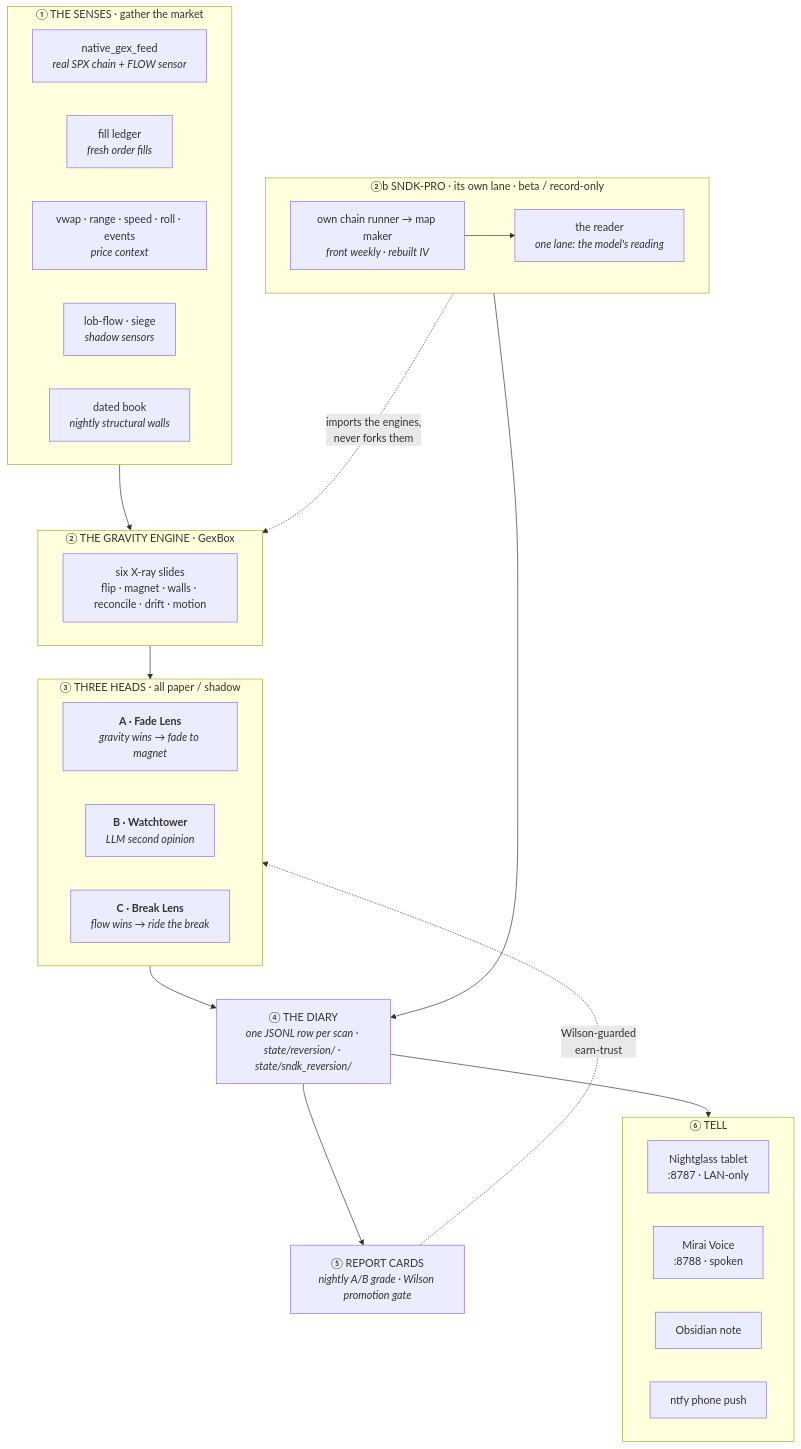
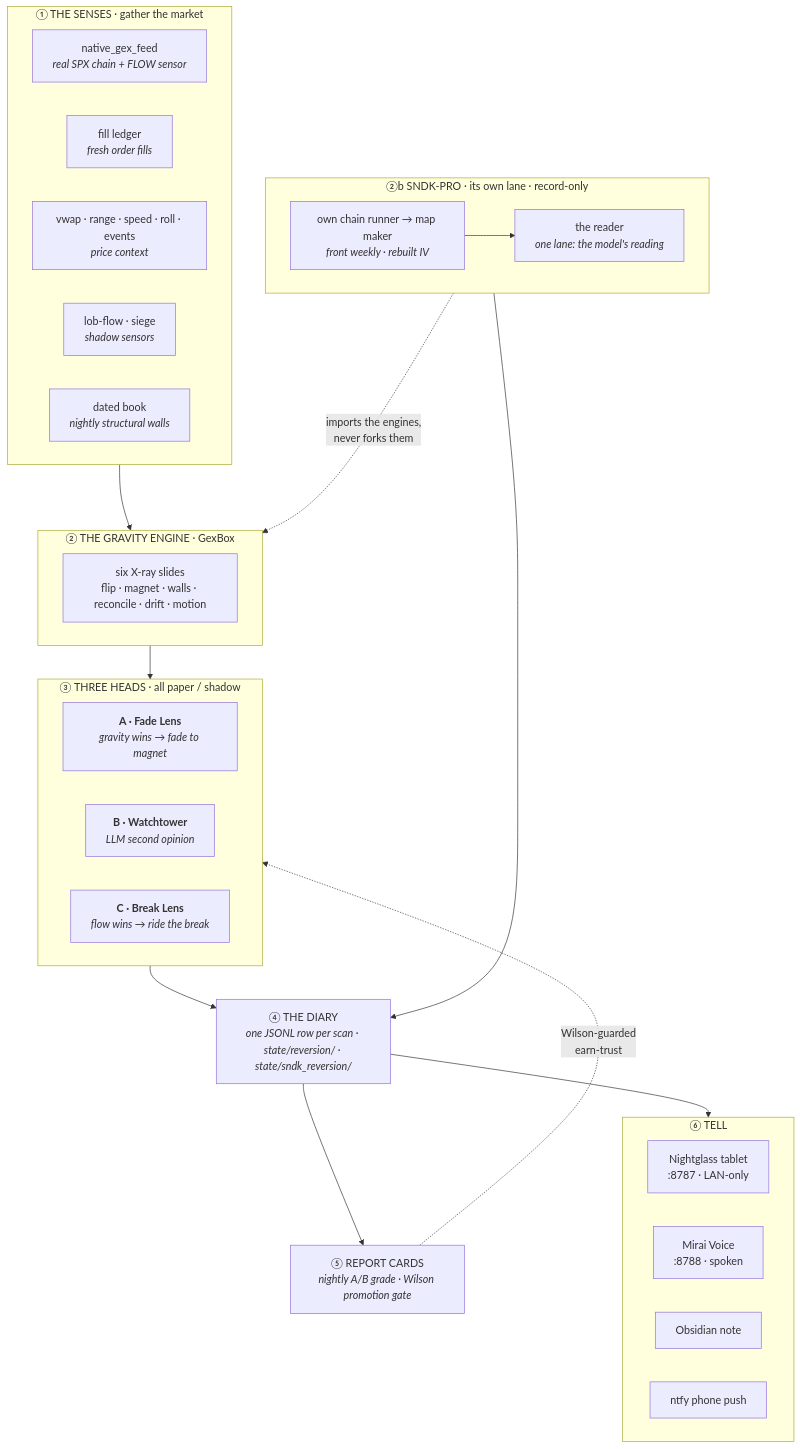
The diagram in README.md (fivestone14/mirai-station), drawn with Mermaid before and after one commit. The commit also changed other lines of this file and 5 other files, not shown here.

First line of the commit message:
SNDK-PRO leaves beta

````diff
--- a/README.md
+++ b/README.md
@@ -55,47 +55,47 @@
 ```mermaid
 flowchart TB
   subgraph SENSES["① THE SENSES · gather the market"]
     direction LR
     THETA["native_gex_feed<br/><i>real SPX chain + FLOW sensor</i>"]
     FILL["fill ledger<br/><i>fresh order fills</i>"]
     CTX["vwap · range · speed · roll · events<br/><i>price context</i>"]
     LOB["lob-flow · siege<br/><i>shadow sensors</i>"]
     DATED["dated book<br/><i>nightly structural walls</i>"]
   end
 
   subgraph ENGINE["② THE GRAVITY ENGINE · GexBox"]
     GEX["six X-ray slides<br/>flip · magnet · walls · reconcile · drift · motion"]
   end
 
   subgraph HEADS["③ THREE HEADS · all paper / shadow"]
     direction LR
     FADE["<b>A · Fade Lens</b><br/><i>gravity wins → fade to magnet</i>"]
     WT["<b>B · Watchtower</b><br/><i>LLM second opinion</i>"]
     BREAK["<b>C · Break Lens</b><br/><i>flow wins → ride the break</i>"]
   end
 
-  subgraph SNDKPRO["②b SNDK-PRO · its own lane · beta / record-only"]
+  subgraph SNDKPRO["②b SNDK-PRO · its own lane · record-only"]
     direction LR
     SFEED["own chain runner → map maker<br/><i>front weekly · rebuilt IV</i>"]
     SREAD["the reader<br/><i>one lane: the model's reading</i>"]
     SFEED --> SREAD
   end
 
   DIARY["④ THE DIARY<br/><i>one JSONL row per scan · state/reversion/ · state/sndk_reversion/</i>"]
   CARD["⑤ REPORT CARDS<br/><i>nightly A/B grade · Wilson promotion gate</i>"]
 
   subgraph TELL["⑥ TELL"]
     direction LR
     TABLET["Nightglass tablet<br/>:8787 · LAN-only"]
     VOICE["Mirai Voice<br/>:8788 · spoken"]
     NOTE["Obsidian note"]
     BELL["ntfy phone push"]
   end
 
   SENSES --> ENGINE --> HEADS --> DIARY
   SNDKPRO -. "imports the engines,<br/>never forks them" .-> ENGINE
   SNDKPRO --> DIARY
   DIARY --> CARD
   CARD -. "Wilson-guarded<br/>earn-trust" .-> HEADS
   DIARY --> TELL
 ```
````
